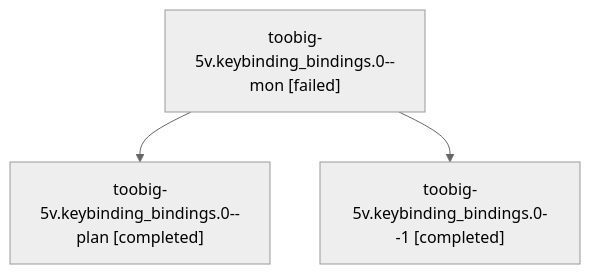
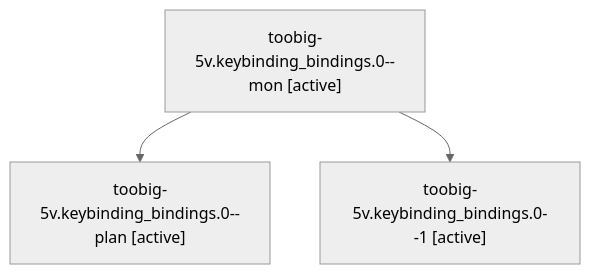
The diagram in families/bbugyi200.athena.toobig-5v.keybinding_bindings.0.md (sase-org/sase--agents), drawn with Mermaid (neutral theme) before and after one commit. The commit also changed other lines of this file and 35830 other files, not shown here.

````diff
--- a/families/bbugyi200.athena.toobig-5v.keybinding_bindings.0.md
+++ b/families/bbugyi200.athena.toobig-5v.keybinding_bindings.0.md
@@ -9,8 +9,8 @@
 ```mermaid
 flowchart TD
-  n0["toobig-5v.keybinding_bindings.0--mon [failed]"]
-  n1["toobig-5v.keybinding_bindings.0--plan [completed]"]
+  n0["toobig-5v.keybinding_bindings.0--mon [active]"]
+  n1["toobig-5v.keybinding_bindings.0--plan [active]"]
   n0 --> n1
-  n2["toobig-5v.keybinding_bindings.0--1 [completed]"]
+  n2["toobig-5v.keybinding_bindings.0--1 [active]"]
   n0 --> n2
 ```
````
